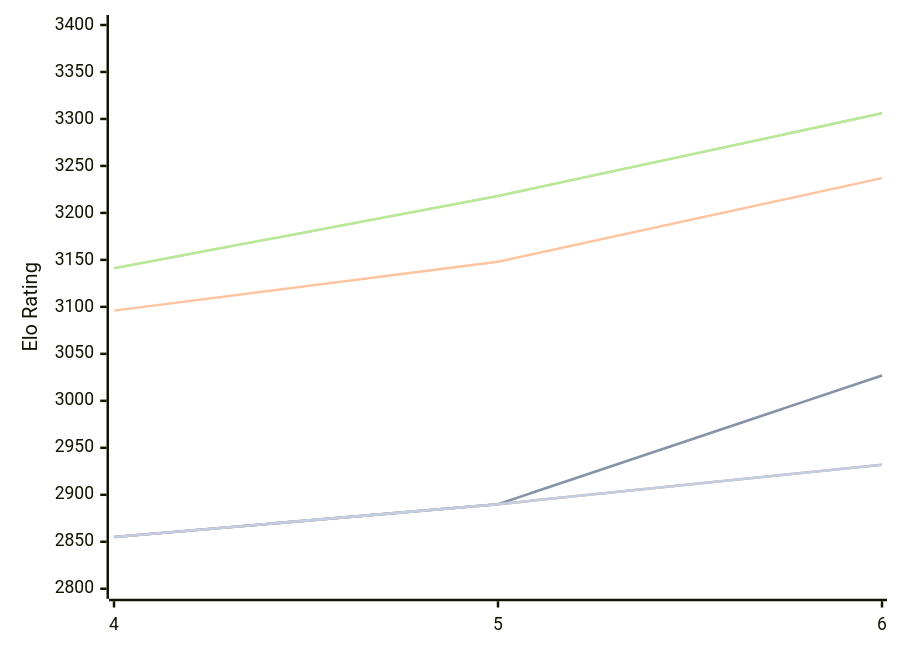
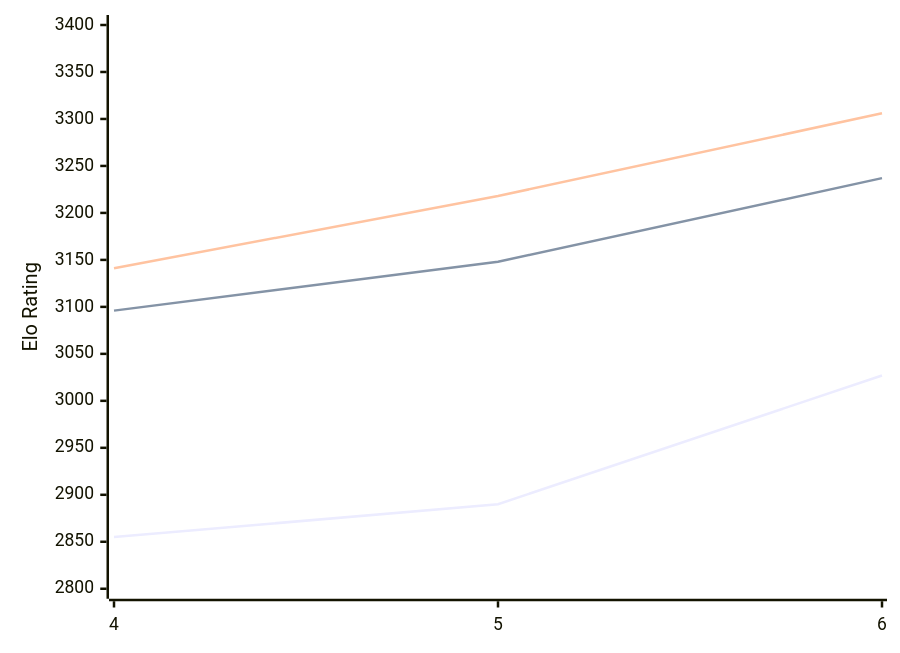
The diagram in engines/Cwtch.md (computer-chess-index/cci), drawn with Mermaid before and after one commit. The commit also changed other lines of this file, not shown here.

````diff
--- a/engines/Cwtch.md
+++ b/engines/Cwtch.md
@@ -49,13 +49,9 @@
 ```mermaid
 %%{init: {"theme":"base","themeVariables":{"seriesColors:['#a3a3a3','#222221','#faa371']}}}%%
 xychart-beta
   x-axis ["4", "5", "6"]
   y-axis "Elo Rating" 2800 --> 3400
-  line "" [2855, 2890, 3027]
   line "T1: STC (8.0+0.08s)" [2855, 2890, 3027]
   line "T1: LTC (60.0+0.60s)" [3096, 3148, 3237]
-  line "" [3141, 3218, 3306]
   line "T1: VLTC (2m24s+1.12s)" [3141, 3218, 3306]
-  line "" [2855, 2890,2932]
-  line "E1: STC (8.0+0.08s)" [2855, 2890,2932]
 ```
````
